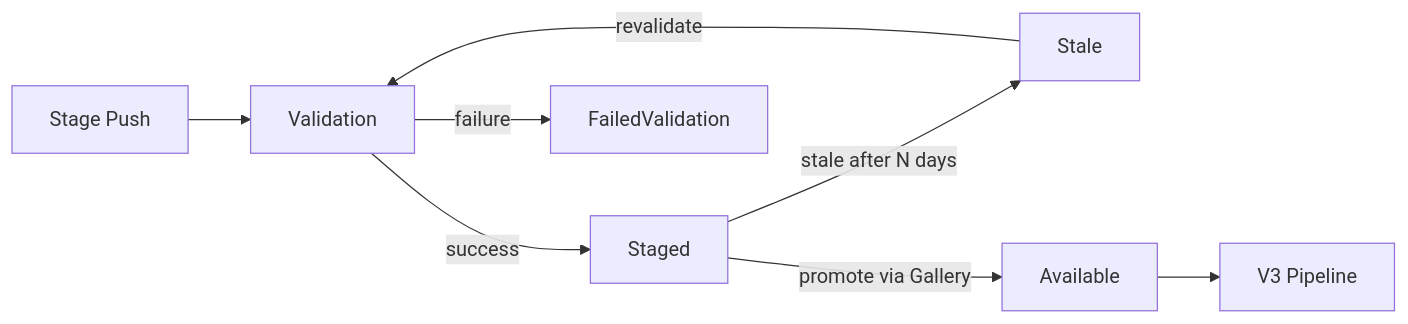
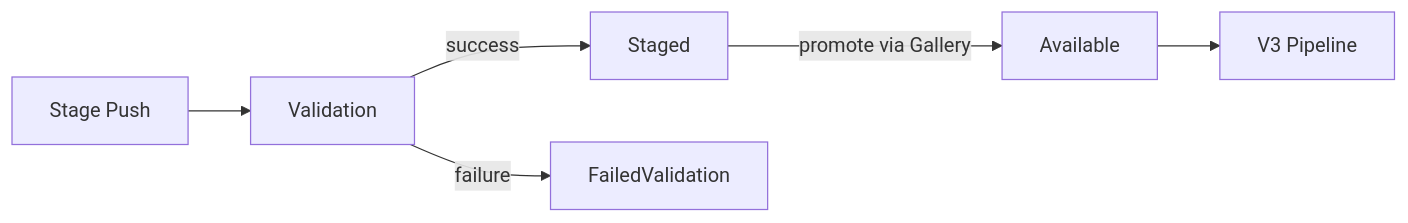
The diagram in accepted/2026/package-staging.md (NuGet/Home), drawn with Mermaid before and after one commit. The commit also changed other lines of this file and 2 other files, not shown here.

````diff
--- a/accepted/2026/package-staging.md
+++ b/accepted/2026/package-staging.md
@@ -40,10 +40,8 @@
 ```mermaid
 flowchart LR
     Push["Stage Push"] --> Validation
     Validation -->|success| Staged
     Validation -->|failure| FailedValidation
-    Staged -->|stale after N days| Stale
-    Stale -->|revalidate| Validation
     Staged -->|promote via Gallery| Available
     Available --> V3["V3 Pipeline"]
 ```
````
